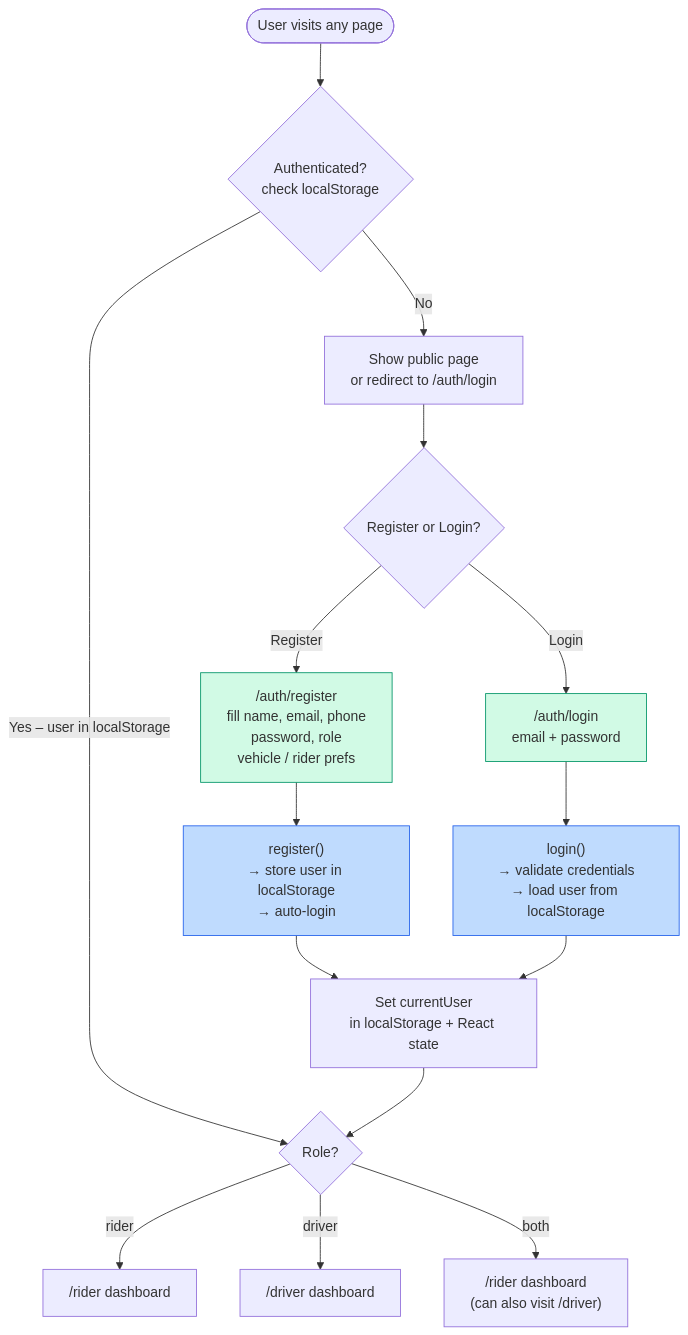
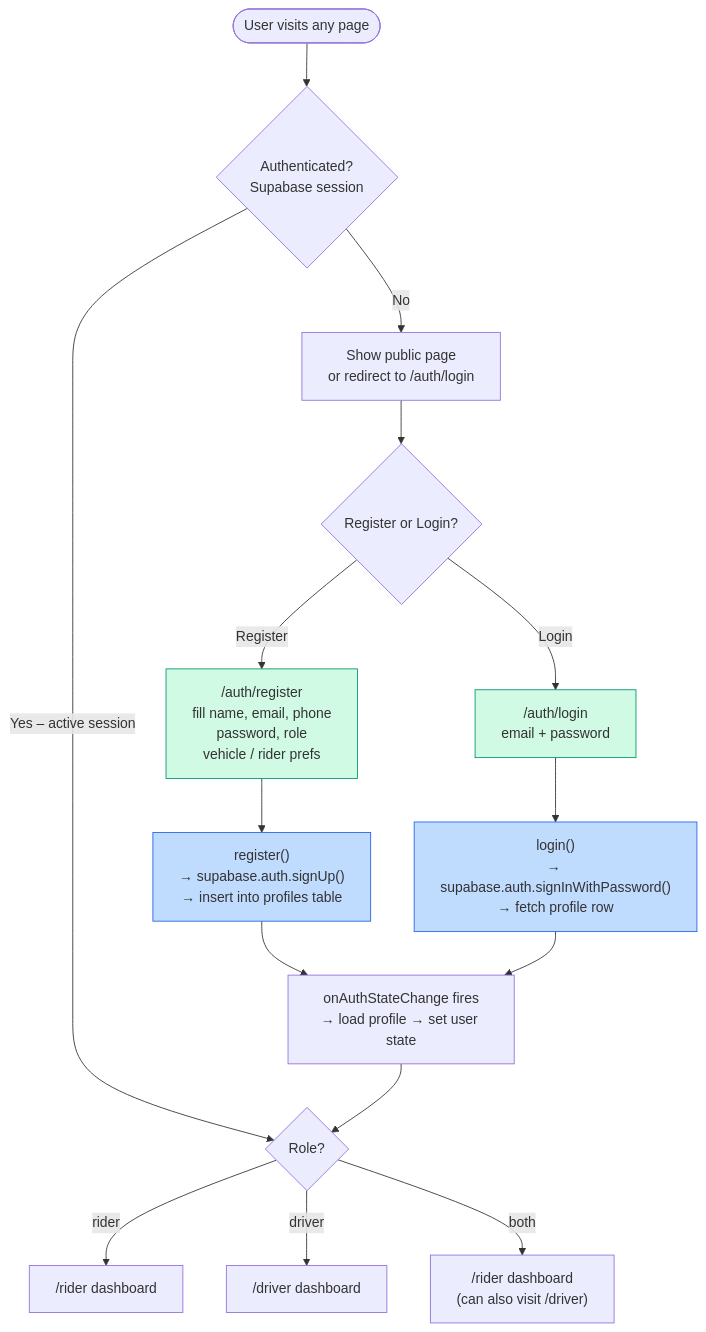
Before and after one commit to davemoss2/Mayne-Island-Rideshare: the third of 8 diagrams in ARCHITECTURE.md, drawn with Mermaid. The commit also changed other lines of this file and 11 other files, not shown here.

First line of the commit message:
Migrate from Firebase to Supabase (Auth + PostgreSQL + Realtime); add Vercel deployment docs

````diff
--- a/ARCHITECTURE.md
+++ b/ARCHITECTURE.md
@@ -105,26 +113,26 @@
 ```mermaid
 flowchart TD
-    A([User visits any page]) --> B{Authenticated?\ncheck localStorage}
-    B -->|"Yes – user in localStorage"| C{Role?}
+    A([User visits any page]) --> B{Authenticated?\nSupabase session}
+    B -->|"Yes – active session"| C{Role?}
     B -->|"No"| D[Show public page\nor redirect to /auth/login]
 
     C -->|rider| E["/rider dashboard"]
     C -->|driver| F["/driver dashboard"]
     C -->|both| G["/rider dashboard\n(can also visit /driver)"]
 
     D --> H{Register or Login?}
     H -->|Register| I["/auth/register\nfill name, email, phone\npassword, role\nvehicle / rider prefs"]
     H -->|Login| J["/auth/login\nemail + password"]
 
-    I --> K["register()\n→ store user in localStorage\n→ auto-login"]
-    J --> L["login()\n→ validate credentials\n→ load user from localStorage"]
+    I --> K["register()\n→ supabase.auth.signUp()\n→ insert into profiles table"]
+    J --> L["login()\n→ supabase.auth.signInWithPassword()\n→ fetch profile row"]
 
-    K --> M["Set currentUser\nin localStorage + React state"]
+    K --> M["onAuthStateChange fires\n→ load profile → set user state"]
     L --> M
     M --> C
 
     style I fill:#d1fae5,stroke:#059669
     style J fill:#d1fae5,stroke:#059669
     style K fill:#bfdbfe,stroke:#2563eb
     style L fill:#bfdbfe,stroke:#2563eb
 ```
````
